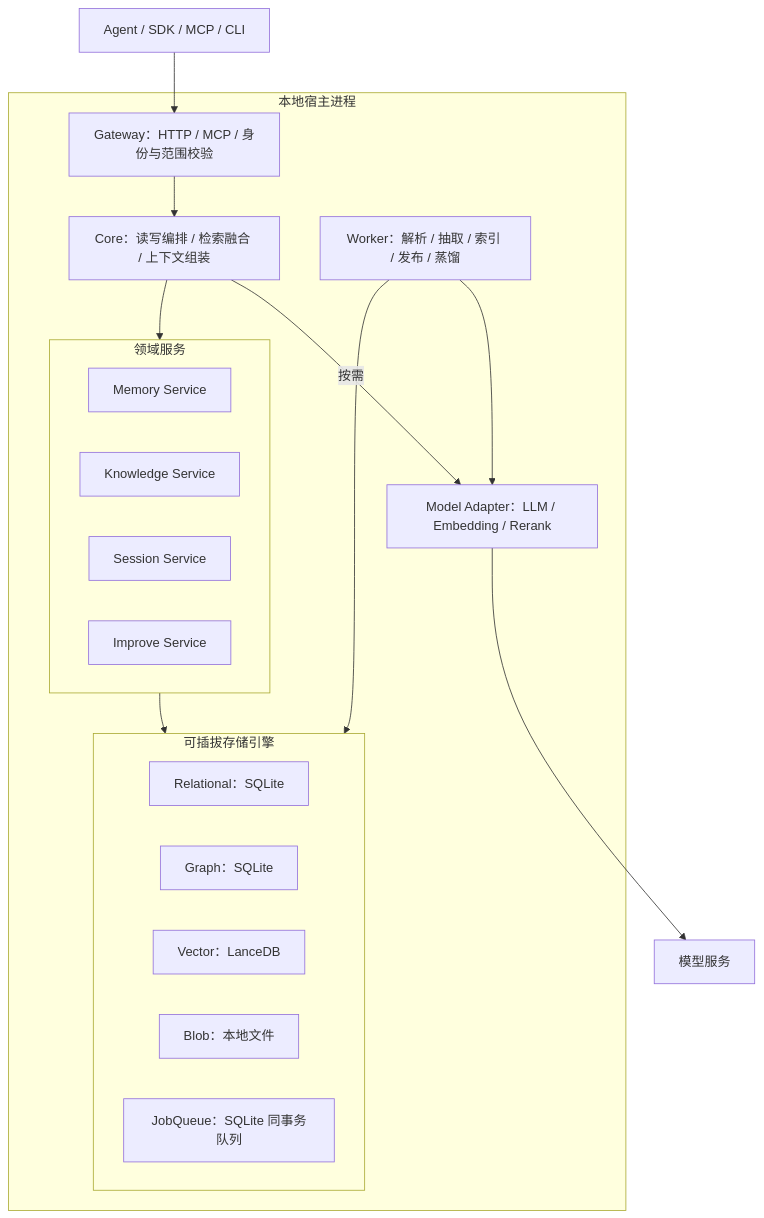
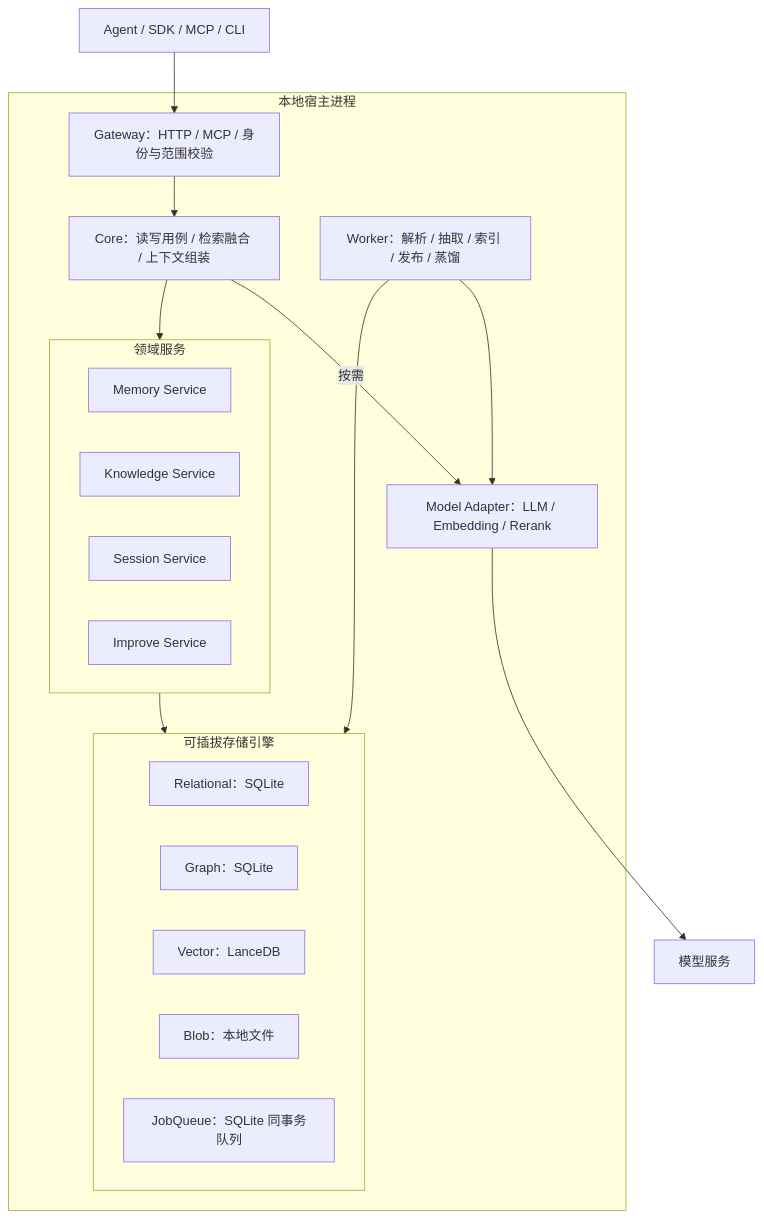
One commit to TheLudlows/Origence changed the diagram in docs/superpowers/specs/2026-09-22-memory-knowledge-platform-design.md. Above: the diagram before and after it, drawn with Mermaid. The commit also changed other lines of this file and 31 other files, not shown here.

````diff
--- a/docs/superpowers/specs/2026-09-22-memory-knowledge-platform-design.md
+++ b/docs/superpowers/specs/2026-09-22-memory-knowledge-platform-design.md
@@ -68,33 +68,33 @@
 ```mermaid
 flowchart TB
     Agent[Agent / SDK / MCP / CLI]
     subgraph Host[本地宿主进程]
         Gateway[Gateway：HTTP / MCP / 身份与范围校验]
-        Core[Core：读写编排 / 检索融合 / 上下文组装]
+        Core[Core：读写用例 / 检索融合 / 上下文组装]
         subgraph Domain[领域服务]
             Memory[Memory Service]
             Knowledge[Knowledge Service]
             Session[Session Service]
             Improve[Improve Service]
         end
         subgraph Engine[可插拔存储引擎]
             Rel[Relational：SQLite]
             Graph[Graph：SQLite]
             Vec[Vector：LanceDB]
             Blob[Blob：本地文件]
             Queue[JobQueue：SQLite 同事务队列]
         end
         Worker[Worker：解析 / 抽取 / 索引 / 发布 / 蒸馏]
         Models[Model Adapter：LLM / Embedding / Rerank]
     end
     Providers[模型服务]
 
     Agent --> Gateway
     Gateway --> Core
     Core --> Domain
     Domain --> Engine
     Worker --> Engine
     Worker --> Models
     Core -->|按需| Models
     Models --> Providers
 ```
````
